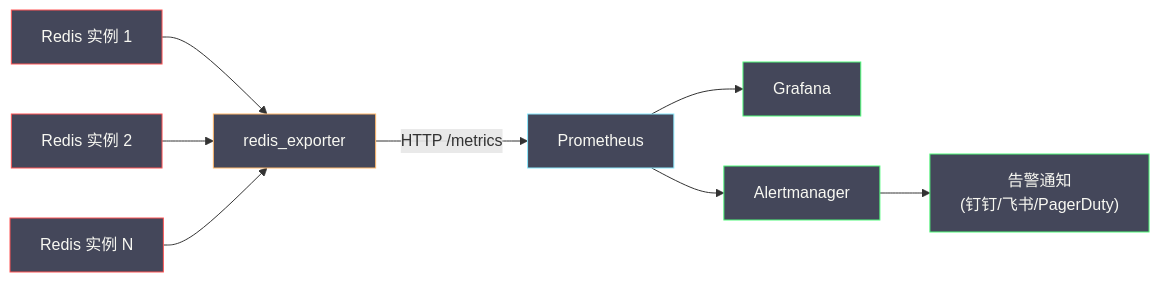
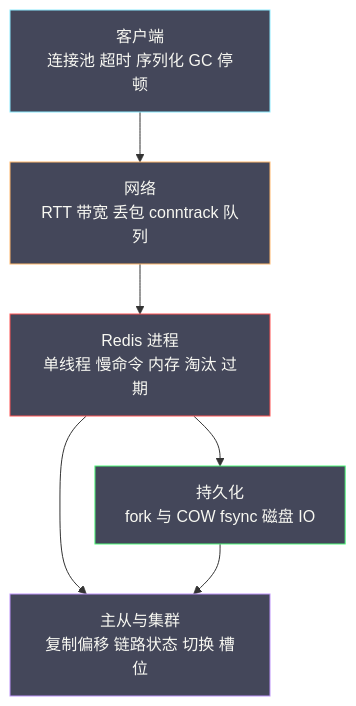
One commit to hpliStartAgain/my-brain changed the first of 4 diagrams in content/中间件/Redis/Redis进阶教程/10 Redis 生产运维——监控 告警与故障排查.md. Above: the diagram before and after it, drawn with Mermaid. The commit also changed other lines of this file and 455 other files, not shown here.

````diff
--- a/content/中间件/Redis/Redis进阶教程/10 Redis 生产运维——监控 告警与故障排查.md
+++ b/content/中间件/Redis/Redis进阶教程/10 Redis 生产运维——监控 告警与故障排查.md
@@ -146,21 +40,19 @@
 ```mermaid
 %%{init: {'theme': 'dracula'}}%%
-graph LR
-    R1["Redis 实例 1"] --> EXP["redis_exporter"]
-    R2["Redis 实例 2"] --> EXP
-    R3["Redis 实例 N"] --> EXP
-    EXP -->|"HTTP /metrics"| PROM["Prometheus"]
-    PROM --> GRAF["Grafana"]
-    PROM --> AM["Alertmanager"]
-    AM --> WEBHOOK["告警通知</br>(钉钉/飞书/PagerDuty)"]
-
-    classDef redis fill:#44475a,stroke:#ff5555,color:#f8f8f2
-    classDef exp fill:#44475a,stroke:#ffb86c,color:#f8f8f2
-    classDef prom fill:#44475a,stroke:#8be9fd,color:#f8f8f2
-    classDef graf fill:#44475a,stroke:#50fa7b,color:#f8f8f2
-
-    class R1,R2,R3 redis
-    class EXP exp
-    class PROM prom
-    class GRAF,AM,WEBHOOK graf
+graph TD
+    A["客户端<br/>连接池 超时 序列化 GC 停顿"] --> B["网络<br/>RTT 带宽 丢包 conntrack 队列"]
+    B --> C["Redis 进程<br/>单线程 慢命令 内存 淘汰 过期"]
+    C --> D["持久化<br/>fork 与 COW fsync 磁盘 IO"]
+    C --> E["主从与集群<br/>复制偏移 链路状态 切换 槽位"]
+    D --> E
+    classDef app fill:#44475a,stroke:#8be9fd,color:#f8f8f2
+    classDef net fill:#44475a,stroke:#ffb86c,color:#f8f8f2
+    classDef proc fill:#44475a,stroke:#ff5555,color:#f8f8f2
+    classDef pers fill:#44475a,stroke:#50fa7b,color:#f8f8f2
+    classDef rep fill:#44475a,stroke:#bd93f9,color:#f8f8f2
+    class A app
+    class B net
+    class C proc
+    class D pers
+    class E rep
 ```
````
